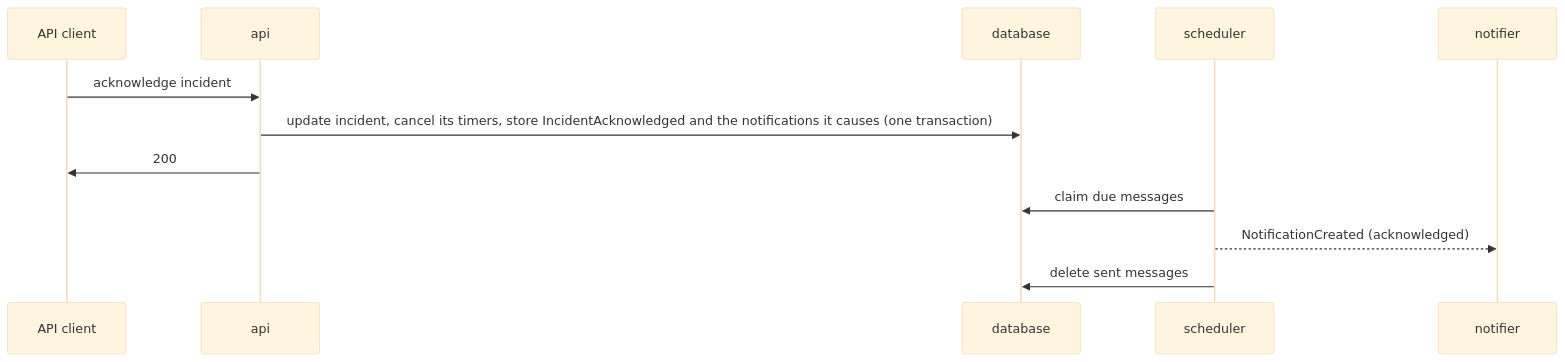
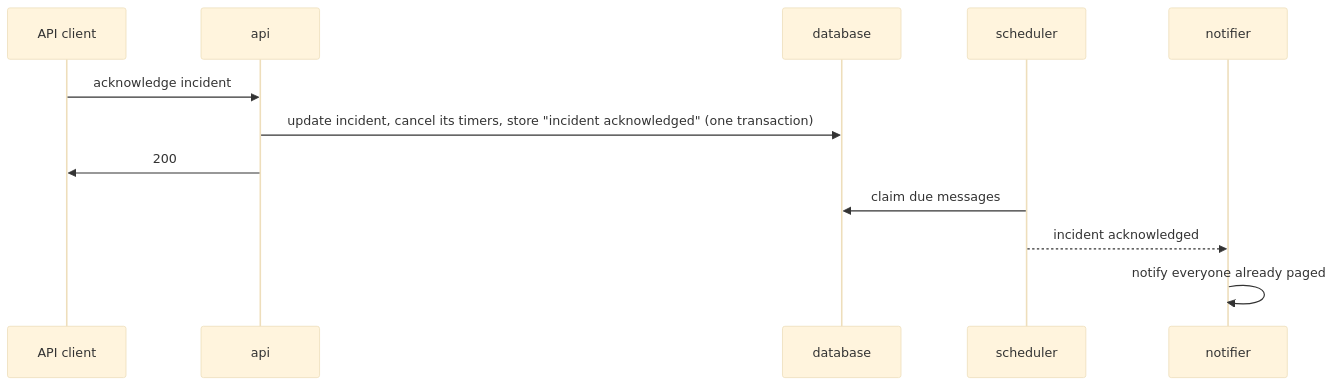
One commit to murphyhq/server changed the fourth of 5 diagrams in docs/architecture.md. Above: the diagram before and after it, drawn with Mermaid (base theme). The commit also changed other lines of this file and 101 other files, not shown here.

````diff
--- a/docs/architecture.md
+++ b/docs/architecture.md
@@ -168,14 +162,14 @@
 ```mermaid
 sequenceDiagram
   participant C as API client
   participant A as api
   participant D as database
   participant S as scheduler
   participant N as notifier
   C->>A: acknowledge incident
-  A->>D: update incident, cancel its timers, store IncidentAcknowledged and the notifications it causes (one transaction)
+  A->>D: update incident, cancel its timers, store "incident acknowledged" (one transaction)
   A->>C: 200
   S->>D: claim due messages
-  S-->>N: NotificationCreated (acknowledged)
-  S->>D: delete sent messages
+  S-->>N: incident acknowledged
+  N->>N: notify everyone already paged
 ```
````
